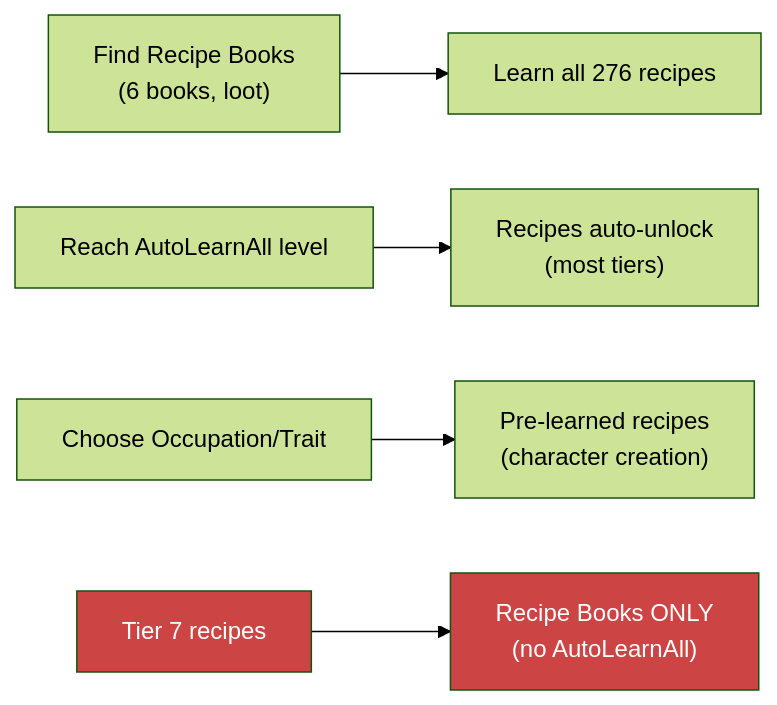
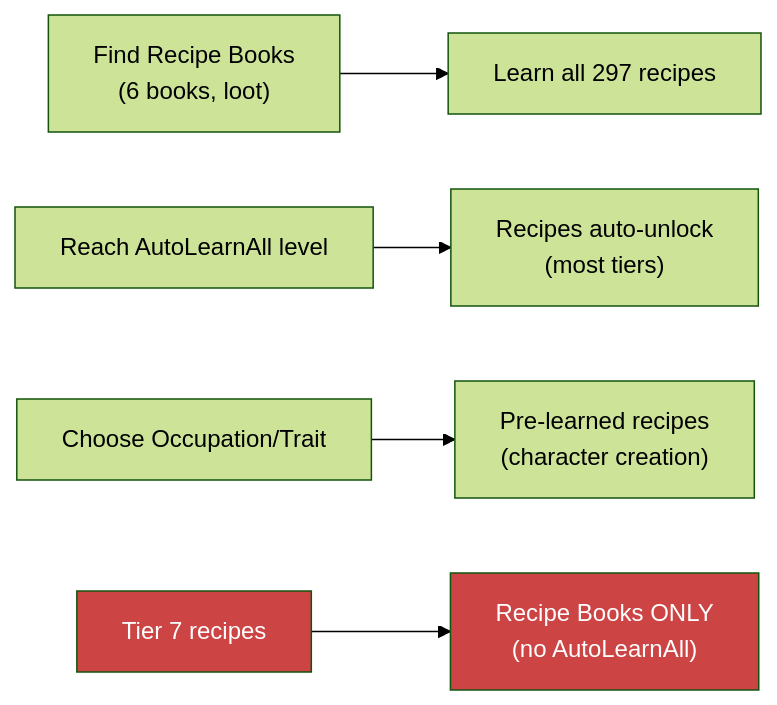
The diagram in docs/mermaid-src/learning-paths.mmd (phobos-dthorga/mod-pz-chemistry-pathways), drawn with Mermaid (forest theme) before and after one commit. The commit also changed 16 other files, not shown here.

```diff
--- a/docs/mermaid-src/learning-paths.mmd
+++ b/docs/mermaid-src/learning-paths.mmd
@@ -1,8 +1,8 @@
 graph LR
-    HB["Find Recipe Books<br/>(6 books, loot)"] --> LEARN["Learn all 276 recipes"]
+    HB["Find Recipe Books<br/>(6 books, loot)"] --> LEARN["Learn all 297 recipes"]
     LEVEL["Reach AutoLearnAll level"] --> AUTO["Recipes auto-unlock<br/>(most tiers)"]
     CREATE["Choose Occupation/Trait"] --> GRANT["Pre-learned recipes<br/>(character creation)"]
     T7["Tier 7 recipes"] --> HB_ONLY["Recipe Books ONLY<br/>(no AutoLearnAll)"]
 
     style T7 fill:#c44,color:#fff
     style HB_ONLY fill:#c44,color:#fff
```
